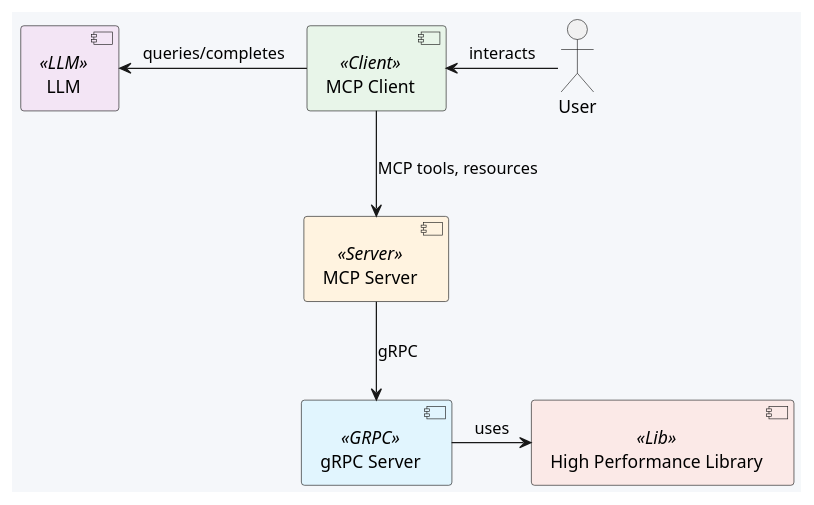
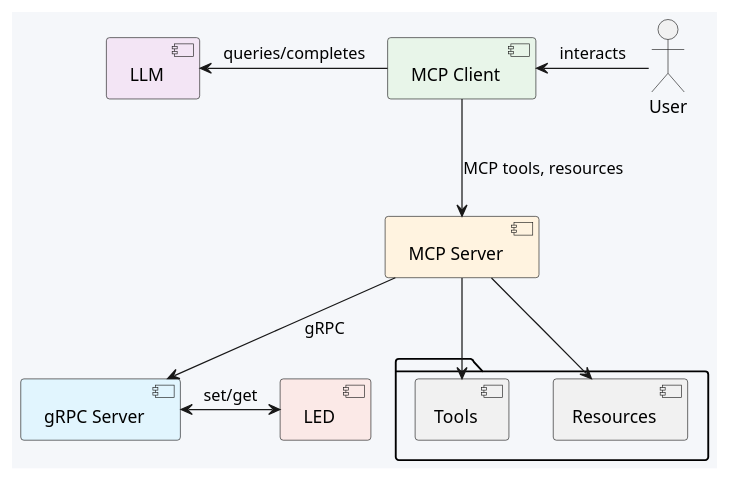
Before and after one commit to nikodem911/learning-mcp: the diagram in docs/arch.puml, drawn with PlantUML. The commit also changed 9 other files, not shown here.

Commit message:
added is_led_on. reverted mcp version to 1.11

```diff
--- a/docs/arch.puml
+++ b/docs/arch.puml
@@ -1,33 +1,27 @@
 @startuml Arch
+
 ' Set background color
 skinparam backgroundColor #F5F7FA
 
-' Set specific colors for each component
-skinparam component {
-    BackgroundColor<<Server>> #FFF3E0
-    BackgroundColor<<Client>> #E8F5E9
-    BackgroundColor<<LLM>> #F3E5F5
-    BackgroundColor<<GRPC>> #E1F5FE
-    BackgroundColor<<Lib>> #FBE9E7
-}
-
-skinparam interface {
-    BackgroundColor #E0F7FA
-    BorderColor #00838F
-}
-
-
-component "MCP Server" <<Server>> as MCPServer
-component "MCP Client" <<Client>> as MCPClient
-component "LLM" <<LLM>> as LLM
-component "gRPC Server" <<GRPC>> as GRPCServer
-component "High Performance Library" <<Lib>> as HighPerfLib
+[ MCP Server ] as MCPServer #FFF3E0
+[ MCP Client ] as MCPClient #E8F5E9
+[ LLM ] as LLM #F3E5F5
+[ gRPC Server ] as GRPCServer #E1F5FE
+[ LED ] as LED #FBE9E7
 actor "User" as User
 
 MCPClient <- User : interacts
 MCPClient --> MCPServer : MCP tools, resources
 LLM <- MCPClient: queries/completes
 MCPServer --> GRPCServer : gRPC
-GRPCServer -> HighPerfLib : uses
+GRPCServer <-> LED : set/get
+
+package {
+    [Tools] as Tools
+    [Resources] as Resources
+}
+
+MCPServer -down-> Tools
+MCPServer -down-> Resources
 
 @enduml
```
